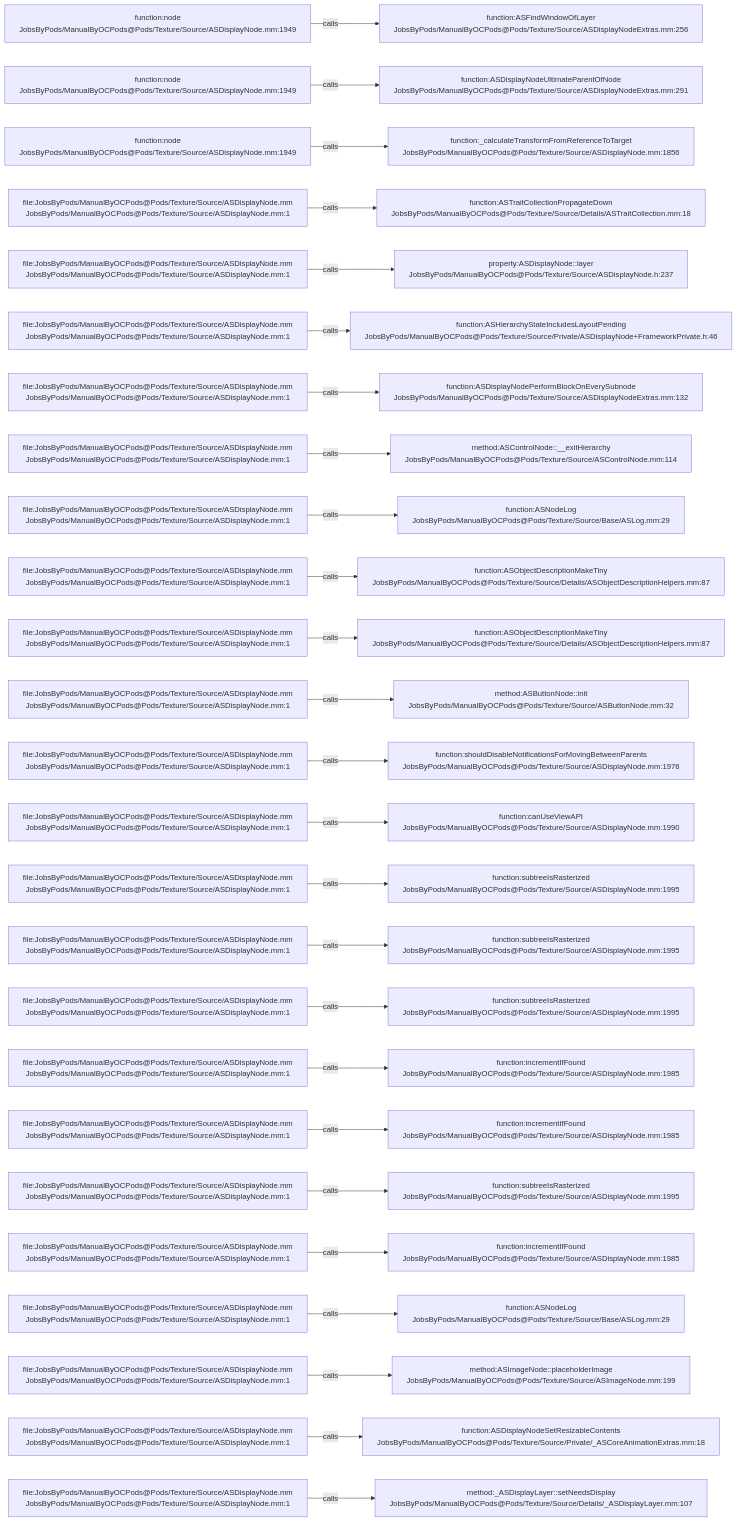
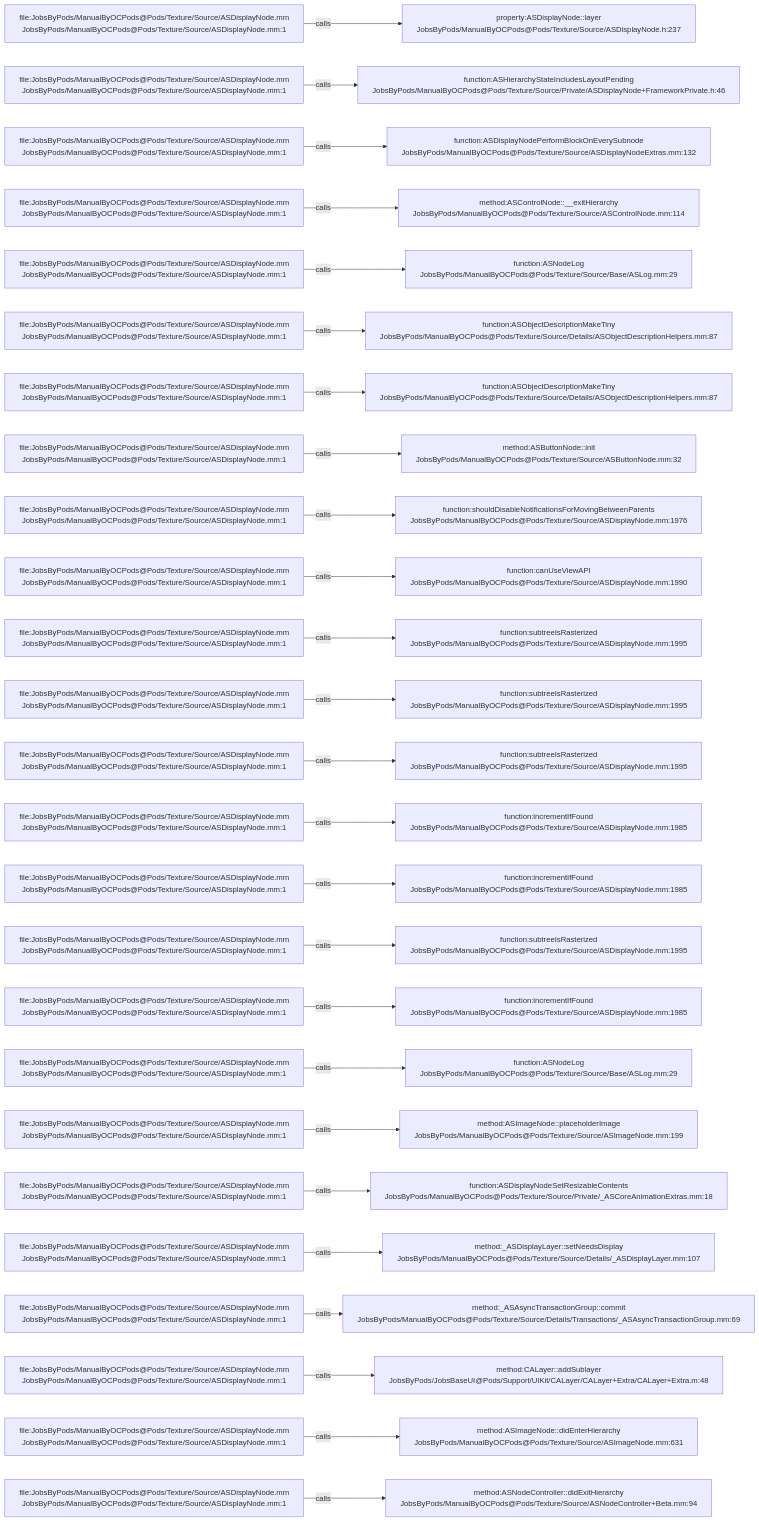
One commit to JobsKits/JobsOCBaseConfigDemo changed the diagram in .codegraph/codegraph.md/graphs/calls-099.md. Above: the diagram before and after it, drawn with Mermaid. The commit also changed 727 other files, not shown here.

````diff
--- a/.codegraph/codegraph.md/graphs/calls-099.md
+++ b/.codegraph/codegraph.md/graphs/calls-099.md
@@ -13,78 +13,78 @@
 ```mermaid
 flowchart LR
-  S1["function:node<br/>JobsByPods/ManualByOCPods@Pods/Texture/Source/ASDisplayNode.mm:1949"]
-  T1["function:ASFindWindowOfLayer<br/>JobsByPods/ManualByOCPods@Pods/Texture/Source/ASDisplayNodeExtras.mm:256"]
+  S1["file:JobsByPods/ManualByOCPods@Pods/Texture/Source/ASDisplayNode.mm<br/>JobsByPods/ManualByOCPods@Pods/Texture/Source/ASDisplayNode.mm:1"]
+  T1["property:ASDisplayNode::layer<br/>JobsByPods/ManualByOCPods@Pods/Texture/Source/ASDisplayNode.h:237"]
   S1 -->|calls| T1
-  S2["function:node<br/>JobsByPods/ManualByOCPods@Pods/Texture/Source/ASDisplayNode.mm:1949"]
-  T2["function:ASDisplayNodeUltimateParentOfNode<br/>JobsByPods/ManualByOCPods@Pods/Texture/Source/ASDisplayNodeExtras.mm:291"]
+  S2["file:JobsByPods/ManualByOCPods@Pods/Texture/Source/ASDisplayNode.mm<br/>JobsByPods/ManualByOCPods@Pods/Texture/Source/ASDisplayNode.mm:1"]
+  T2["function:ASHierarchyStateIncludesLayoutPending<br/>JobsByPods/ManualByOCPods@Pods/Texture/Source/Private/ASDisplayNode+FrameworkPrivate.h:46"]
   S2 -->|calls| T2
-  S3["function:node<br/>JobsByPods/ManualByOCPods@Pods/Texture/Source/ASDisplayNode.mm:1949"]
-  T3["function:_calculateTransformFromReferenceToTarget<br/>JobsByPods/ManualByOCPods@Pods/Texture/Source/ASDisplayNode.mm:1856"]
+  S3["file:JobsByPods/ManualByOCPods@Pods/Texture/Source/ASDisplayNode.mm<br/>JobsByPods/ManualByOCPods@Pods/Texture/Source/ASDisplayNode.mm:1"]
+  T3["function:ASDisplayNodePerformBlockOnEverySubnode<br/>JobsByPods/ManualByOCPods@Pods/Texture/Source/ASDisplayNodeExtras.mm:132"]
   S3 -->|calls| T3
   S4["file:JobsByPods/ManualByOCPods@Pods/Texture/Source/ASDisplayNode.mm<br/>JobsByPods/ManualByOCPods@Pods/Texture/Source/ASDisplayNode.mm:1"]
-  T4["function:ASTraitCollectionPropagateDown<br/>JobsByPods/ManualByOCPods@Pods/Texture/Source/Details/ASTraitCollection.mm:18"]
+  T4["method:ASControlNode::__exitHierarchy<br/>JobsByPods/ManualByOCPods@Pods/Texture/Source/ASControlNode.mm:114"]
   S4 -->|calls| T4
   S5["file:JobsByPods/ManualByOCPods@Pods/Texture/Source/ASDisplayNode.mm<br/>JobsByPods/ManualByOCPods@Pods/Texture/Source/ASDisplayNode.mm:1"]
-  T5["property:ASDisplayNode::layer<br/>JobsByPods/ManualByOCPods@Pods/Texture/Source/ASDisplayNode.h:237"]
+  T5["function:ASNodeLog<br/>JobsByPods/ManualByOCPods@Pods/Texture/Source/Base/ASLog.mm:29"]
   S5 -->|calls| T5
   S6["file:JobsByPods/ManualByOCPods@Pods/Texture/Source/ASDisplayNode.mm<br/>JobsByPods/ManualByOCPods@Pods/Texture/Source/ASDisplayNode.mm:1"]
-  T6["function:ASHierarchyStateIncludesLayoutPending<br/>JobsByPods/ManualByOCPods@Pods/Texture/Source/Private/ASDisplayNode+FrameworkPrivate.h:46"]
+  T6["function:ASObjectDescriptionMakeTiny<br/>JobsByPods/ManualByOCPods@Pods/Texture/Source/Details/ASObjectDescriptionHelpers.mm:87"]
   S6 -->|calls| T6
   S7["file:JobsByPods/ManualByOCPods@Pods/Texture/Source/ASDisplayNode.mm<br/>JobsByPods/ManualByOCPods@Pods/Texture/Source/ASDisplayNode.mm:1"]
-  T7["function:ASDisplayNodePerformBlockOnEverySubnode<br/>JobsByPods/ManualByOCPods@Pods/Texture/Source/ASDisplayNodeExtras.mm:132"]
+  T7["function:ASObjectDescriptionMakeTiny<br/>JobsByPods/ManualByOCPods@Pods/Texture/Source/Details/ASObjectDescriptionHelpers.mm:87"]
   S7 -->|calls| T7
   S8["file:JobsByPods/ManualByOCPods@Pods/Texture/Source/ASDisplayNode.mm<br/>JobsByPods/ManualByOCPods@Pods/Texture/Source/ASDisplayNode.mm:1"]
-  T8["method:ASControlNode::__exitHierarchy<br/>JobsByPods/ManualByOCPods@Pods/Texture/Source/ASControlNode.mm:114"]
+  T8["method:ASButtonNode::init<br/>JobsByPods/ManualByOCPods@Pods/Texture/Source/ASButtonNode.mm:32"]
   S8 -->|calls| T8
   S9["file:JobsByPods/ManualByOCPods@Pods/Texture/Source/ASDisplayNode.mm<br/>JobsByPods/ManualByOCPods@Pods/Texture/Source/ASDisplayNode.mm:1"]
-  T9["function:ASNodeLog<br/>JobsByPods/ManualByOCPods@Pods/Texture/Source/Base/ASLog.mm:29"]
+  T9["function:shouldDisableNotificationsForMovingBetweenParents<br/>JobsByPods/ManualByOCPods@Pods/Texture/Source/ASDisplayNode.mm:1976"]
   S9 -->|calls| T9
   S10["file:JobsByPods/ManualByOCPods@Pods/Texture/Source/ASDisplayNode.mm<br/>JobsByPods/ManualByOCPods@Pods/Texture/Source/ASDisplayNode.mm:1"]
-  T10["function:ASObjectDescriptionMakeTiny<br/>JobsByPods/ManualByOCPods@Pods/Texture/Source/Details/ASObjectDescriptionHelpers.mm:87"]
+  T10["function:canUseViewAPI<br/>JobsByPods/ManualByOCPods@Pods/Texture/Source/ASDisplayNode.mm:1990"]
   S10 -->|calls| T10
   S11["file:JobsByPods/ManualByOCPods@Pods/Texture/Source/ASDisplayNode.mm<br/>JobsByPods/ManualByOCPods@Pods/Texture/Source/ASDisplayNode.mm:1"]
-  T11["function:ASObjectDescriptionMakeTiny<br/>JobsByPods/ManualByOCPods@Pods/Texture/Source/Details/ASObjectDescriptionHelpers.mm:87"]
+  T11["function:subtreeIsRasterized<br/>JobsByPods/ManualByOCPods@Pods/Texture/Source/ASDisplayNode.mm:1995"]
   S11 -->|calls| T11
   S12["file:JobsByPods/ManualByOCPods@Pods/Texture/Source/ASDisplayNode.mm<br/>JobsByPods/ManualByOCPods@Pods/Texture/Source/ASDisplayNode.mm:1"]
-  T12["method:ASButtonNode::init<br/>JobsByPods/ManualByOCPods@Pods/Texture/Source/ASButtonNode.mm:32"]
+  T12["function:subtreeIsRasterized<br/>JobsByPods/ManualByOCPods@Pods/Texture/Source/ASDisplayNode.mm:1995"]
   S12 -->|calls| T12
   S13["file:JobsByPods/ManualByOCPods@Pods/Texture/Source/ASDisplayNode.mm<br/>JobsByPods/ManualByOCPods@Pods/Texture/Source/ASDisplayNode.mm:1"]
-  T13["function:shouldDisableNotificationsForMovingBetweenParents<br/>JobsByPods/ManualByOCPods@Pods/Texture/Source/ASDisplayNode.mm:1976"]
+  T13["function:subtreeIsRasterized<br/>JobsByPods/ManualByOCPods@Pods/Texture/Source/ASDisplayNode.mm:1995"]
   S13 -->|calls| T13
   S14["file:JobsByPods/ManualByOCPods@Pods/Texture/Source/ASDisplayNode.mm<br/>JobsByPods/ManualByOCPods@Pods/Texture/Source/ASDisplayNode.mm:1"]
-  T14["function:canUseViewAPI<br/>JobsByPods/ManualByOCPods@Pods/Texture/Source/ASDisplayNode.mm:1990"]
+  T14["function:incrementIfFound<br/>JobsByPods/ManualByOCPods@Pods/Texture/Source/ASDisplayNode.mm:1985"]
   S14 -->|calls| T14
   S15["file:JobsByPods/ManualByOCPods@Pods/Texture/Source/ASDisplayNode.mm<br/>JobsByPods/ManualByOCPods@Pods/Texture/Source/ASDisplayNode.mm:1"]
-  T15["function:subtreeIsRasterized<br/>JobsByPods/ManualByOCPods@Pods/Texture/Source/ASDisplayNode.mm:1995"]
+  T15["function:incrementIfFound<br/>JobsByPods/ManualByOCPods@Pods/Texture/Source/ASDisplayNode.mm:1985"]
   S15 -->|calls| T15
   S16["file:JobsByPods/ManualByOCPods@Pods/Texture/Source/ASDisplayNode.mm<br/>JobsByPods/ManualByOCPods@Pods/Texture/Source/ASDisplayNode.mm:1"]
   T16["function:subtreeIsRasterized<br/>JobsByPods/ManualByOCPods@Pods/Texture/Source/ASDisplayNode.mm:1995"]
   S16 -->|calls| T16
   S17["file:JobsByPods/ManualByOCPods@Pods/Texture/Source/ASDisplayNode.mm<br/>JobsByPods/ManualByOCPods@Pods/Texture/Source/ASDisplayNode.mm:1"]
-  T17["function:subtreeIsRasterized<br/>JobsByPods/ManualByOCPods@Pods/Texture/Source/ASDisplayNode.mm:1995"]
+  T17["function:incrementIfFound<br/>JobsByPods/ManualByOCPods@Pods/Texture/Source/ASDisplayNode.mm:1985"]
   S17 -->|calls| T17
   S18["file:JobsByPods/ManualByOCPods@Pods/Texture/Source/ASDisplayNode.mm<br/>JobsByPods/ManualByOCPods@Pods/Texture/Source/ASDisplayNode.mm:1"]
-  T18["function:incrementIfFound<br/>JobsByPods/ManualByOCPods@Pods/Texture/Source/ASDisplayNode.mm:1985"]
+  T18["function:ASNodeLog<br/>JobsByPods/ManualByOCPods@Pods/Texture/Source/Base/ASLog.mm:29"]
   S18 -->|calls| T18
   S19["file:JobsByPods/ManualByOCPods@Pods/Texture/Source/ASDisplayNode.mm<br/>JobsByPods/ManualByOCPods@Pods/Texture/Source/ASDisplayNode.mm:1"]
-  T19["function:incrementIfFound<br/>JobsByPods/ManualByOCPods@Pods/Texture/Source/ASDisplayNode.mm:1985"]
+  T19["method:ASImageNode::placeholderImage<br/>JobsByPods/ManualByOCPods@Pods/Texture/Source/ASImageNode.mm:199"]
   S19 -->|calls| T19
   S20["file:JobsByPods/ManualByOCPods@Pods/Texture/Source/ASDisplayNode.mm<br/>JobsByPods/ManualByOCPods@Pods/Texture/Source/ASDisplayNode.mm:1"]
-  T20["function:subtreeIsRasterized<br/>JobsByPods/ManualByOCPods@Pods/Texture/Source/ASDisplayNode.mm:1995"]
+  T20["function:ASDisplayNodeSetResizableContents<br/>JobsByPods/ManualByOCPods@Pods/Texture/Source/Private/_ASCoreAnimationExtras.mm:18"]
   S20 -->|calls| T20
   S21["file:JobsByPods/ManualByOCPods@Pods/Texture/Source/ASDisplayNode.mm<br/>JobsByPods/ManualByOCPods@Pods/Texture/Source/ASDisplayNode.mm:1"]
-  T21["function:incrementIfFound<br/>JobsByPods/ManualByOCPods@Pods/Texture/Source/ASDisplayNode.mm:1985"]
+  T21["method:_ASDisplayLayer::setNeedsDisplay<br/>JobsByPods/ManualByOCPods@Pods/Texture/Source/Details/_ASDisplayLayer.mm:107"]
   S21 -->|calls| T21
   S22["file:JobsByPods/ManualByOCPods@Pods/Texture/Source/ASDisplayNode.mm<br/>JobsByPods/ManualByOCPods@Pods/Texture/Source/ASDisplayNode.mm:1"]
-  T22["function:ASNodeLog<br/>JobsByPods/ManualByOCPods@Pods/Texture/Source/Base/ASLog.mm:29"]
+  T22["method:_ASAsyncTransactionGroup::commit<br/>JobsByPods/ManualByOCPods@Pods/Texture/Source/Details/Transactions/_ASAsyncTransactionGroup.mm:69"]
   S22 -->|calls| T22
   S23["file:JobsByPods/ManualByOCPods@Pods/Texture/Source/ASDisplayNode.mm<br/>JobsByPods/ManualByOCPods@Pods/Texture/Source/ASDisplayNode.mm:1"]
-  T23["method:ASImageNode::placeholderImage<br/>JobsByPods/ManualByOCPods@Pods/Texture/Source/ASImageNode.mm:199"]
+  T23["method:CALayer::addSublayer<br/>JobsByPods/JobsBaseUI@Pods/Support/UIKit/CALayer/CALayer+Extra/CALayer+Extra.m:48"]
   S23 -->|calls| T23
   S24["file:JobsByPods/ManualByOCPods@Pods/Texture/Source/ASDisplayNode.mm<br/>JobsByPods/ManualByOCPods@Pods/Texture/Source/ASDisplayNode.mm:1"]
-  T24["function:ASDisplayNodeSetResizableContents<br/>JobsByPods/ManualByOCPods@Pods/Texture/Source/Private/_ASCoreAnimationExtras.mm:18"]
+  T24["method:ASImageNode::didEnterHierarchy<br/>JobsByPods/ManualByOCPods@Pods/Texture/Source/ASImageNode.mm:631"]
   S24 -->|calls| T24
   S25["file:JobsByPods/ManualByOCPods@Pods/Texture/Source/ASDisplayNode.mm<br/>JobsByPods/ManualByOCPods@Pods/Texture/Source/ASDisplayNode.mm:1"]
-  T25["method:_ASDisplayLayer::setNeedsDisplay<br/>JobsByPods/ManualByOCPods@Pods/Texture/Source/Details/_ASDisplayLayer.mm:107"]
+  T25["method:ASNodeController::didExitHierarchy<br/>JobsByPods/ManualByOCPods@Pods/Texture/Source/ASNodeController+Beta.mm:94"]
   S25 -->|calls| T25
 ```
````
